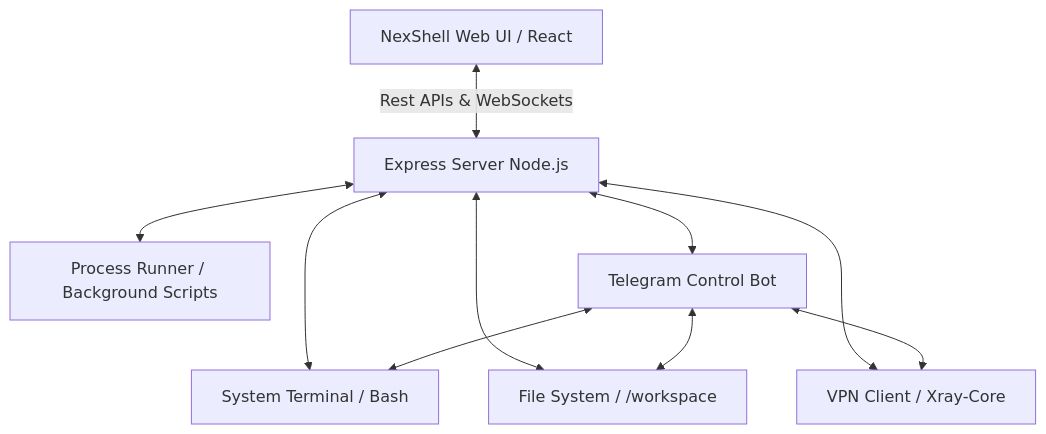
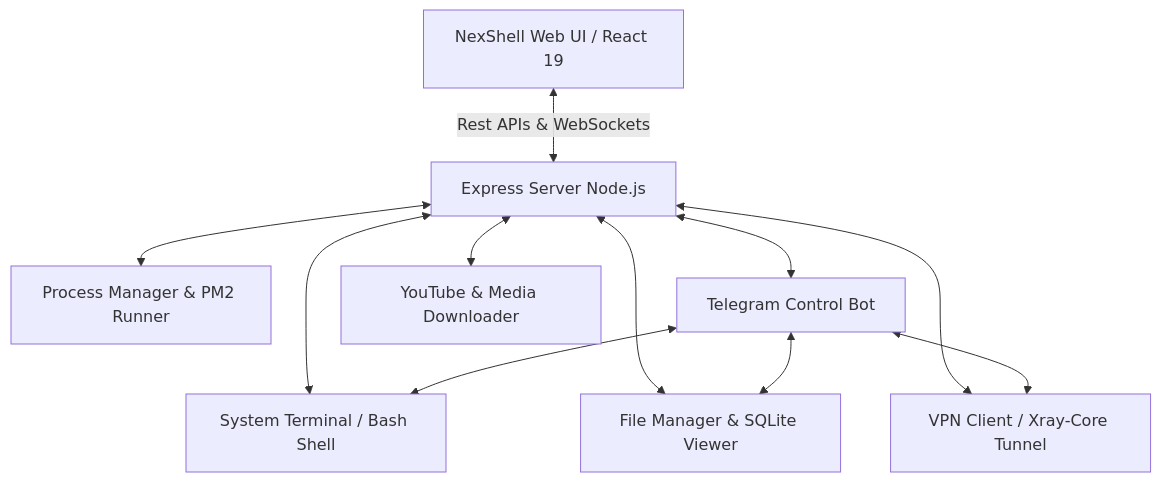
The diagram in README.md (Kiyarash0090/terminal), drawn with Mermaid before and after one commit. The commit also changed other lines of this file and 3 other files, not shown here.

````diff
--- a/README.md
+++ b/README.md
@@ -18,12 +19,13 @@
 ```mermaid
 graph TD
-    A[NexShell Web UI / React] <-->|Rest APIs & WebSockets| B[Express Server Node.js]
-    B <--> C[System Terminal / Bash]
-    B <--> D[File System / /workspace]
-    B <--> E[Process Runner / Background Scripts]
-    B <--> F[VPN Client / Xray-Core]
+    A[NexShell Web UI / React 19] <-->|Rest APIs & WebSockets| B[Express Server Node.js]
+    B <--> C[System Terminal / Bash Shell]
+    B <--> D[File Manager & SQLite Viewer]
+    B <--> E[Process Manager & PM2 Runner]
+    B <--> F[VPN Client / Xray-Core Tunnel]
     B <--> G[Telegram Control Bot]
+    B <--> H[YouTube & Media Downloader]
     G <--> D
     G <--> F
     G <--> C
 ```
````
